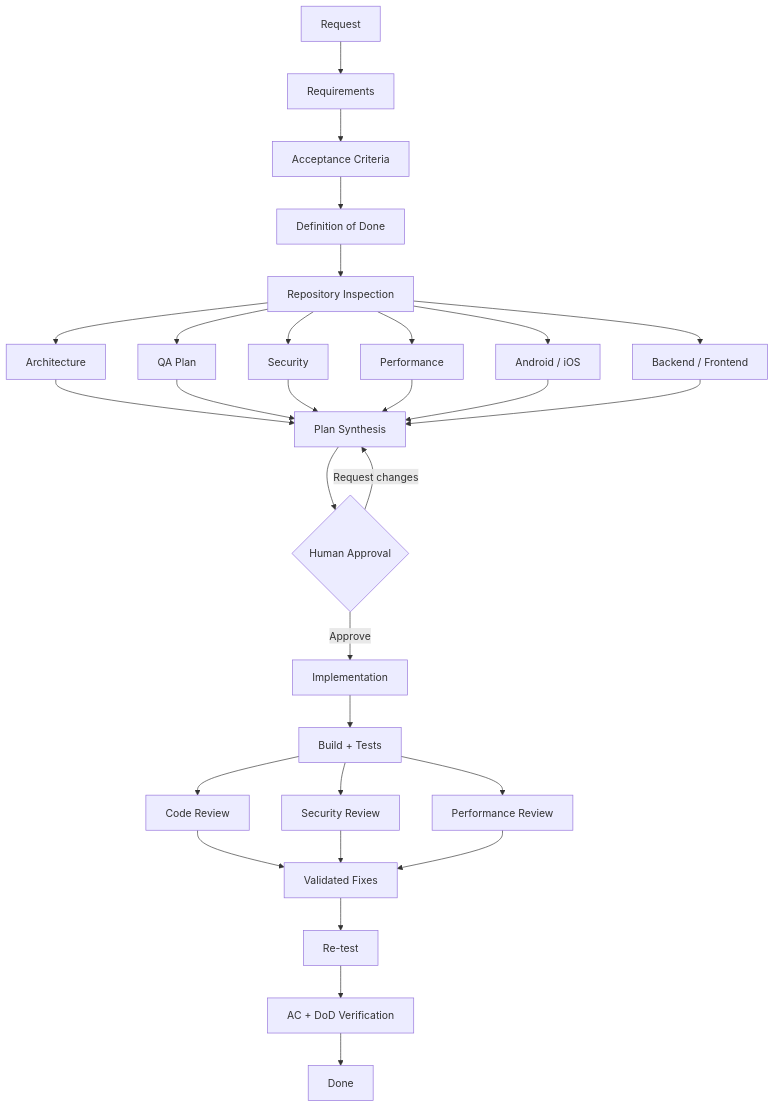
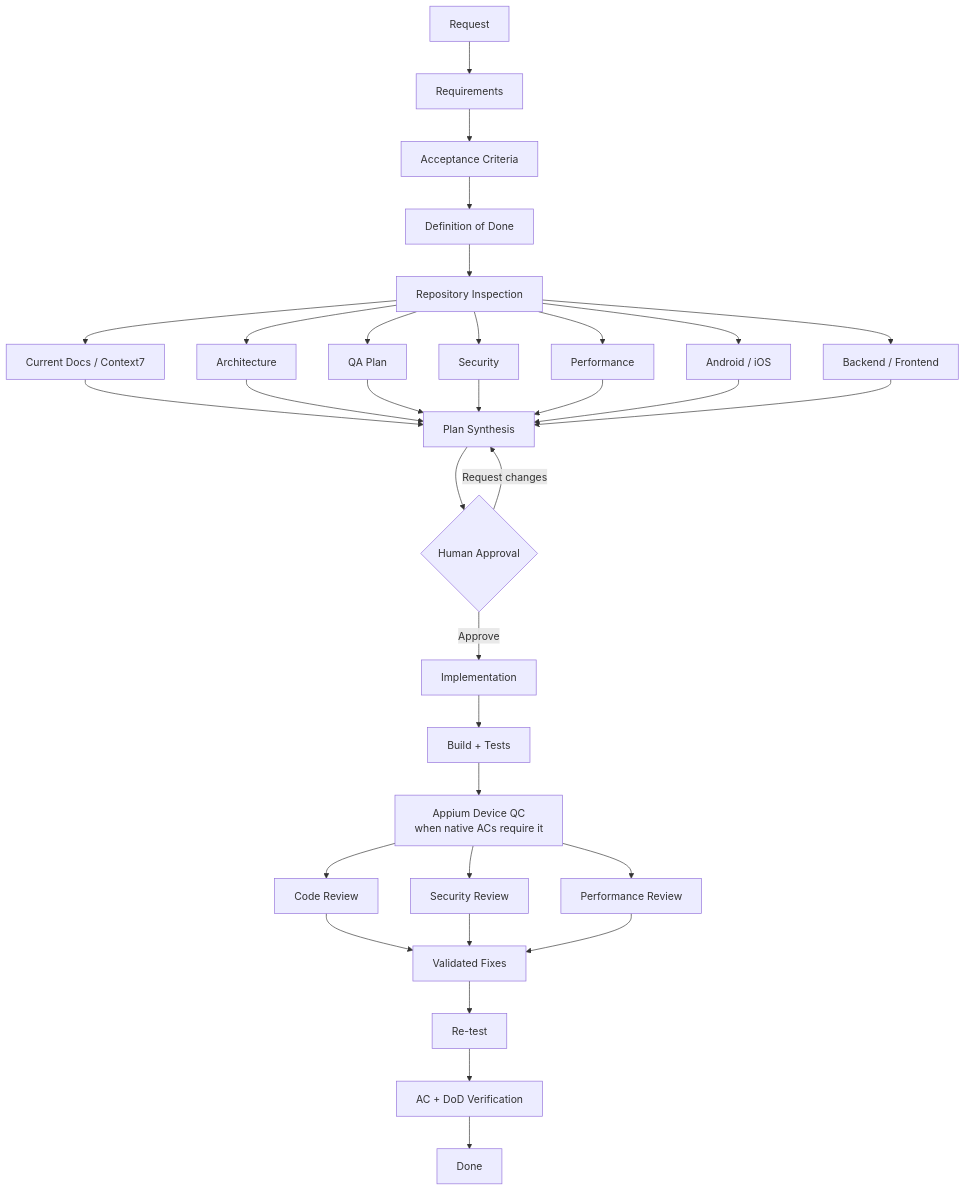
Before and after one commit to mohamedma872/ai-agent-workflow-kit: the third of 7 diagrams in README.md, drawn with Mermaid. The commit also changed other lines of this file, not shown here.

Commit message:
Document Appium as mobile QA MCP

````diff
--- a/README.md
+++ b/README.md
@@ -113,39 +113,42 @@
 ```mermaid
 flowchart TD
     A[Request] --> B[Requirements]
     B --> C[Acceptance Criteria]
     C --> D[Definition of Done]
     D --> E[Repository Inspection]
 
+    E --> F0[Current Docs / Context7]
     E --> F1[Architecture]
     E --> F2[QA Plan]
     E --> F3[Security]
     E --> F4[Performance]
     E --> F5[Android / iOS]
     E --> F6[Backend / Frontend]
 
-    F1 --> G[Plan Synthesis]
+    F0 --> G[Plan Synthesis]
+    F1 --> G
     F2 --> G
     F3 --> G
     F4 --> G
     F5 --> G
     F6 --> G
 
     G --> H{Human Approval}
     H -->|Request changes| G
     H -->|Approve| I[Implementation]
 
     I --> J[Build + Tests]
+    J --> J2[Appium Device QC<br/>when native ACs require it]
 
-    J --> K1[Code Review]
-    J --> K2[Security Review]
-    J --> K3[Performance Review]
+    J2 --> K1[Code Review]
+    J2 --> K2[Security Review]
+    J2 --> K3[Performance Review]
 
     K1 --> L[Validated Fixes]
     K2 --> L
     K3 --> L
 
     L --> M[Re-test]
     M --> N[AC + DoD Verification]
     N --> O[Done]
 ```
````
